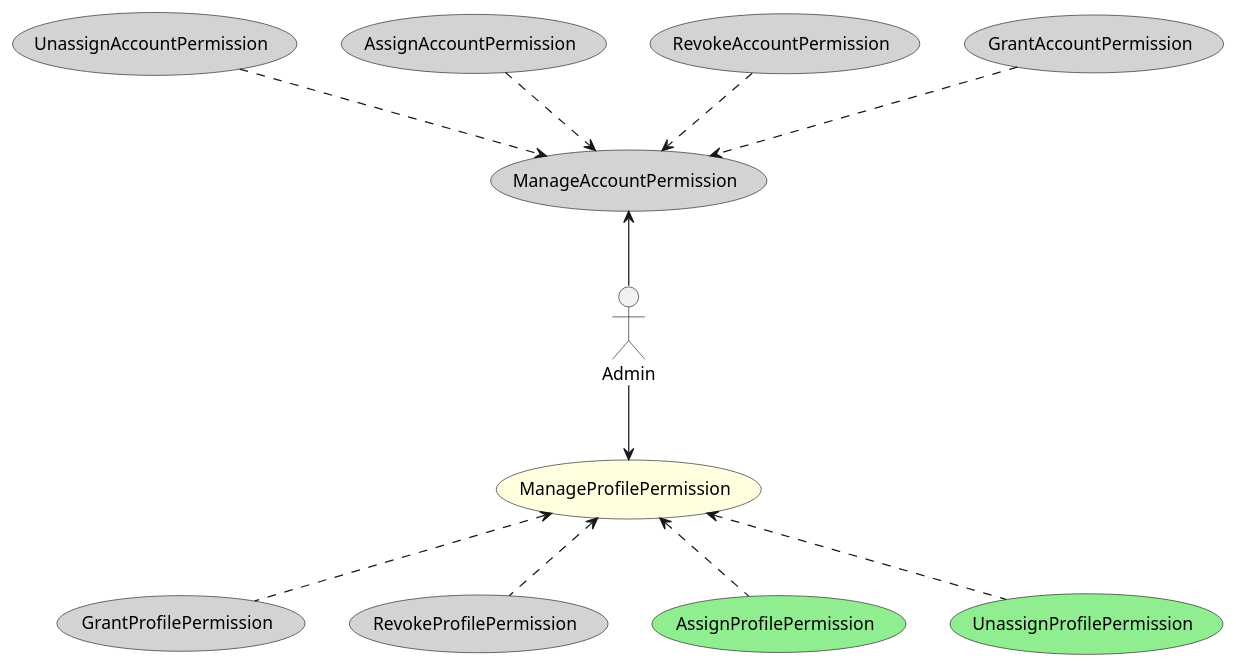
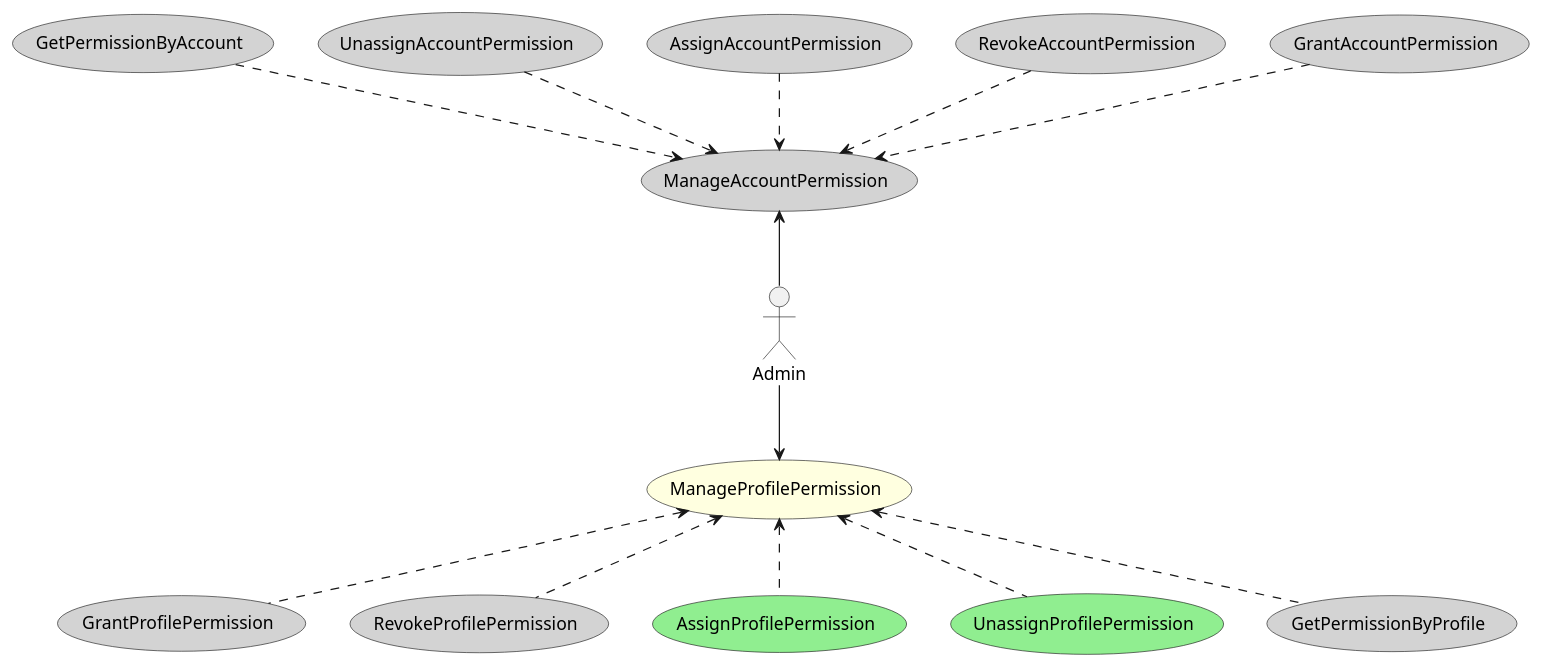
The diagram in documentation/usecase/UseCase.iam.ManagePermission.puml (zehgreven/nutri-be-ddd-ca), drawn with PlantUML before and after one commit.

```diff
--- a/documentation/usecase/UseCase.iam.ManagePermission.puml
+++ b/documentation/usecase/UseCase.iam.ManagePermission.puml
@@ -1,28 +1,32 @@
 @startuml Use Case
 
 actor Admin
 
 usecase ManageProfilePermission #LightYellow
 usecase GrantProfilePermission #LightGray
 usecase RevokeProfilePermission #LightGray
 usecase AssignProfilePermission #LightGreen
 usecase UnassignProfilePermission #LightGreen
+usecase GetPermissionByProfile #LightGray
 usecase ManageAccountPermission #LightGray
 usecase GrantAccountPermission #LightGray
 usecase RevokeAccountPermission #LightGray
 usecase AssignAccountPermission #LightGray
 usecase UnassignAccountPermission #LightGray
+usecase GetPermissionByAccount #LightGray
 
 Admin -d-> (ManageProfilePermission) 
 (ManageProfilePermission) <.d. (GrantProfilePermission) 
 (ManageProfilePermission) <.d. (RevokeProfilePermission) 
 (ManageProfilePermission) <.d. (AssignProfilePermission) 
 (ManageProfilePermission) <.d. (UnassignProfilePermission) 
+(ManageProfilePermission) <.d. (GetPermissionByProfile) 
 
 Admin -u-> (ManageAccountPermission) 
 (ManageAccountPermission) <.u. (GrantAccountPermission) 
 (ManageAccountPermission) <.u. (RevokeAccountPermission) 
 (ManageAccountPermission) <.u. (AssignAccountPermission) 
 (ManageAccountPermission) <.u. (UnassignAccountPermission) 
+(ManageAccountPermission) <.u. (GetPermissionByAccount) 
 
 @enduml
```
